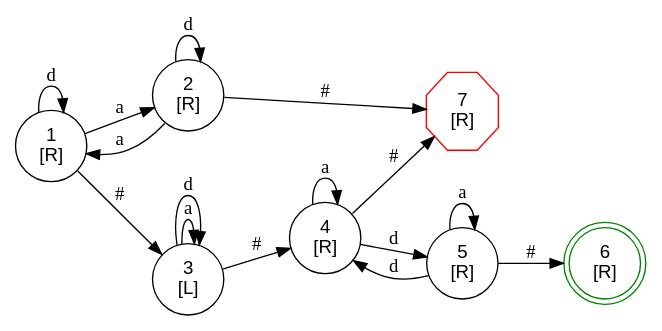
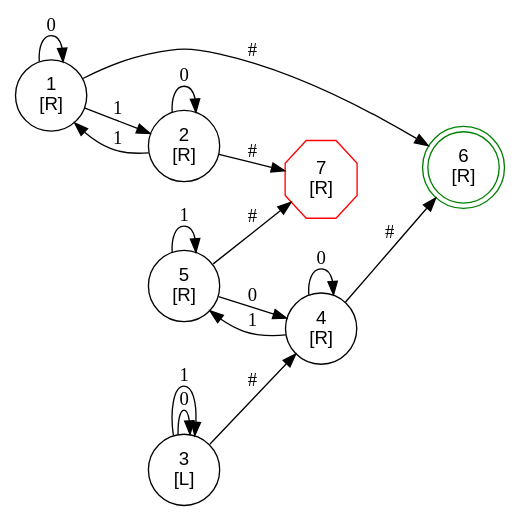
The diagram in fsm.dot (kokobabe99/turing_point), drawn with Graphviz before and after one commit. The commit also changed 1 other file, not shown here.

```diff
--- a/fsm.dot
+++ b/fsm.dot
@@ -1,25 +1,25 @@
 digraph FSM {
   rankdir=LR; node [shape=circle, fontname="Arial"];
   1 [label="1\n[R]", shape=circle];
-  1 -> 2 [label="a"];
-  1 -> 1 [label="d"];
-  1 -> 3 [label="#"];
+  1 -> 2 [label="1"];
+  1 -> 1 [label="0"];
+  1 -> 6 [label="#"];
   2 [label="2\n[R]", shape=circle];
-  2 -> 1 [label="a"];
-  2 -> 2 [label="d"];
+  2 -> 1 [label="1"];
+  2 -> 2 [label="0"];
   2 -> 7 [label="#"];
   3 [label="3\n[L]", shape=circle];
-  3 -> 3 [label="a"];
-  3 -> 3 [label="d"];
+  3 -> 3 [label="0"];
+  3 -> 3 [label="1"];
   3 -> 4 [label="#"];
   4 [label="4\n[R]", shape=circle];
-  4 -> 4 [label="a"];
-  4 -> 5 [label="d"];
-  4 -> 7 [label="#"];
+  4 -> 4 [label="0"];
+  4 -> 5 [label="1"];
+  4 -> 6 [label="#"];
   5 [label="5\n[R]", shape=circle];
-  5 -> 4 [label="d"];
-  5 -> 5 [label="a"];
-  5 -> 6 [label="#"];
+  5 -> 4 [label="0"];
+  5 -> 5 [label="1"];
+  5 -> 7 [label="#"];
   6 [label="6\n[R]", shape=doublecircle, color="green"];
   7 [label="7\n[R]", shape=octagon, color="red"];
 }
```
